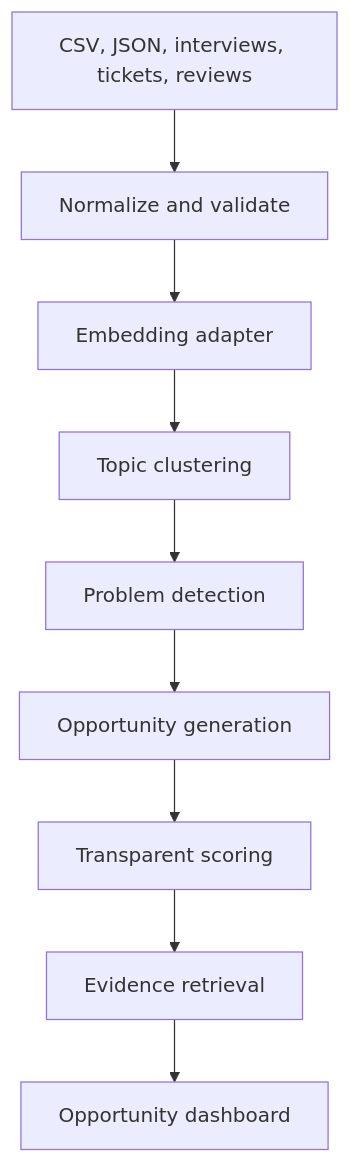
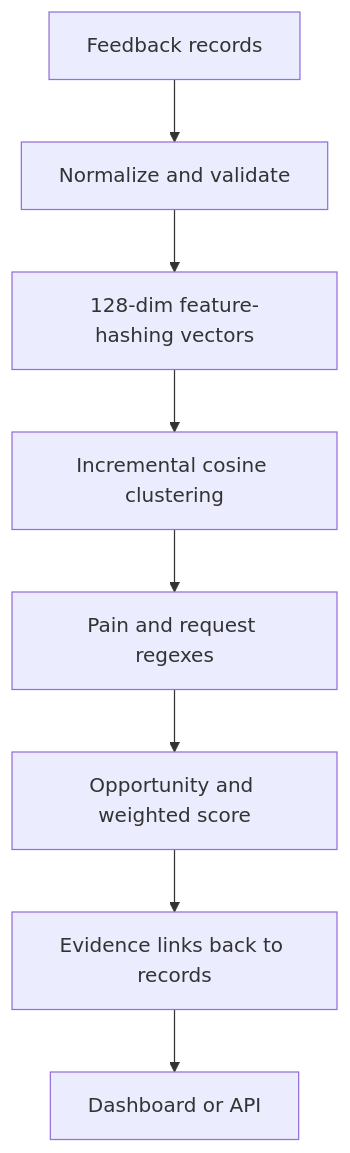
The diagram in README.md (MadanMohan0537/ai-product-discovery-engine), drawn with Mermaid before and after one commit. The commit also changed other lines of this file, not shown here.

````diff
--- a/README.md
+++ b/README.md
@@ -55,11 +47,10 @@
 ```mermaid
 flowchart TD
-  A[CSV, JSON, interviews, tickets, reviews] --> B[Normalize and validate]
-  B --> C[Embedding adapter]
-  C --> D[Topic clustering]
-  D --> E[Problem detection]
-  E --> F[Opportunity generation]
-  F --> G[Transparent scoring]
-  G --> H[Evidence retrieval]
-  H --> I[Opportunity dashboard]
+  A[Feedback records] --> B[Normalize and validate]
+  B --> C[128-dim feature-hashing vectors]
+  C --> D[Incremental cosine clustering]
+  D --> E[Pain and request regexes]
+  E --> F[Opportunity and weighted score]
+  F --> G[Evidence links back to records]
+  G --> H[Dashboard or API]
 ```
````
